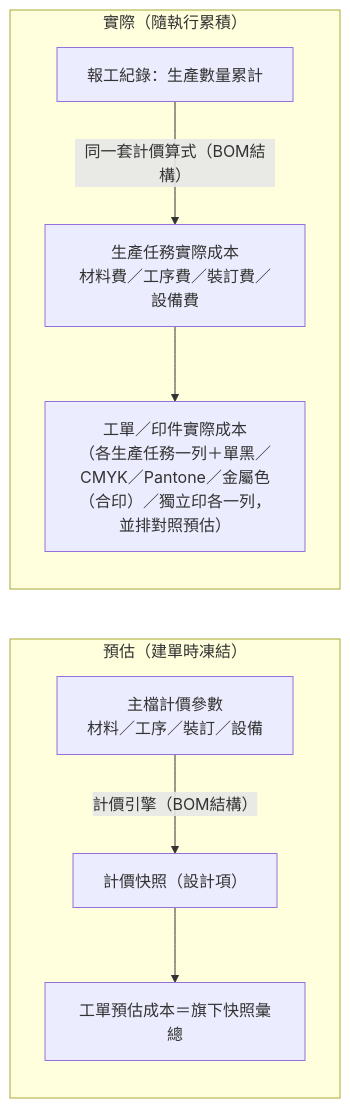
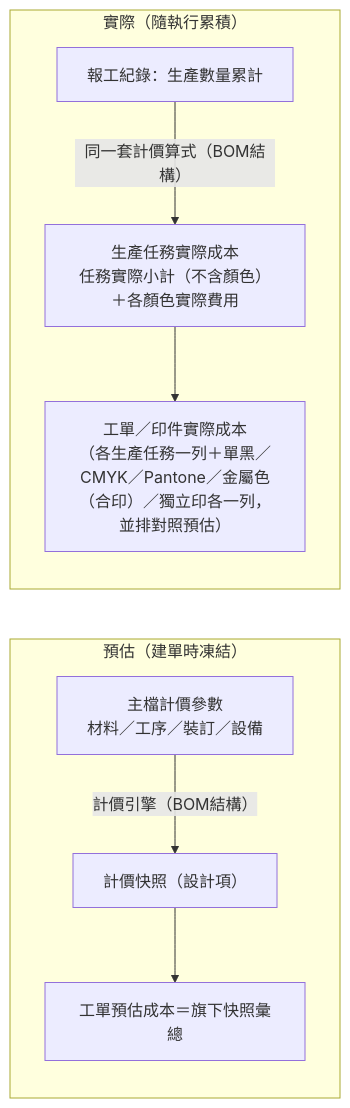
The fourth of 4 diagrams in memory/Sens_wiki/wiki/erp/05-entities/範例 - 資料結構總覽.md (Kawato-Miles/erp-spec), drawn with Mermaid before and after one commit. The commit also changed other lines of this file and 6 other files, not shown here.

````diff
--- a/memory/Sens_wiki/wiki/erp/05-entities/範例 - 資料結構總覽.md
+++ b/memory/Sens_wiki/wiki/erp/05-entities/範例 - 資料結構總覽.md
@@ -123,11 +123,11 @@
 ```mermaid
 flowchart LR
     subgraph 預估["預估（建單時凍結）"]
         C1["主檔計價參數<br>材料／工序／裝訂／設備"] -->|"計價引擎（BOM結構）"| C2["計價快照（設計項）"]
         C2 --> C3["工單預估成本＝旗下快照彙總"]
     end
     subgraph 實際["實際（隨執行累積）"]
-        D1["報工紀錄：生產數量累計"] -->|"同一套計價算式（BOM結構）"| D5["生產任務實際成本<br>材料費／工序費／裝訂費／設備費"]
+        D1["報工紀錄：生產數量累計"] -->|"同一套計價算式（BOM結構）"| D5["生產任務實際成本<br>任務實際小計（不含顏色）＋各顏色實際費用"]
         D5 --> D6["工單／印件實際成本<br>（各生產任務一列＋單黑／CMYK／Pantone／金屬色（合印）／獨立印各一列，並排對照預估）"]
     end
 ```
````
